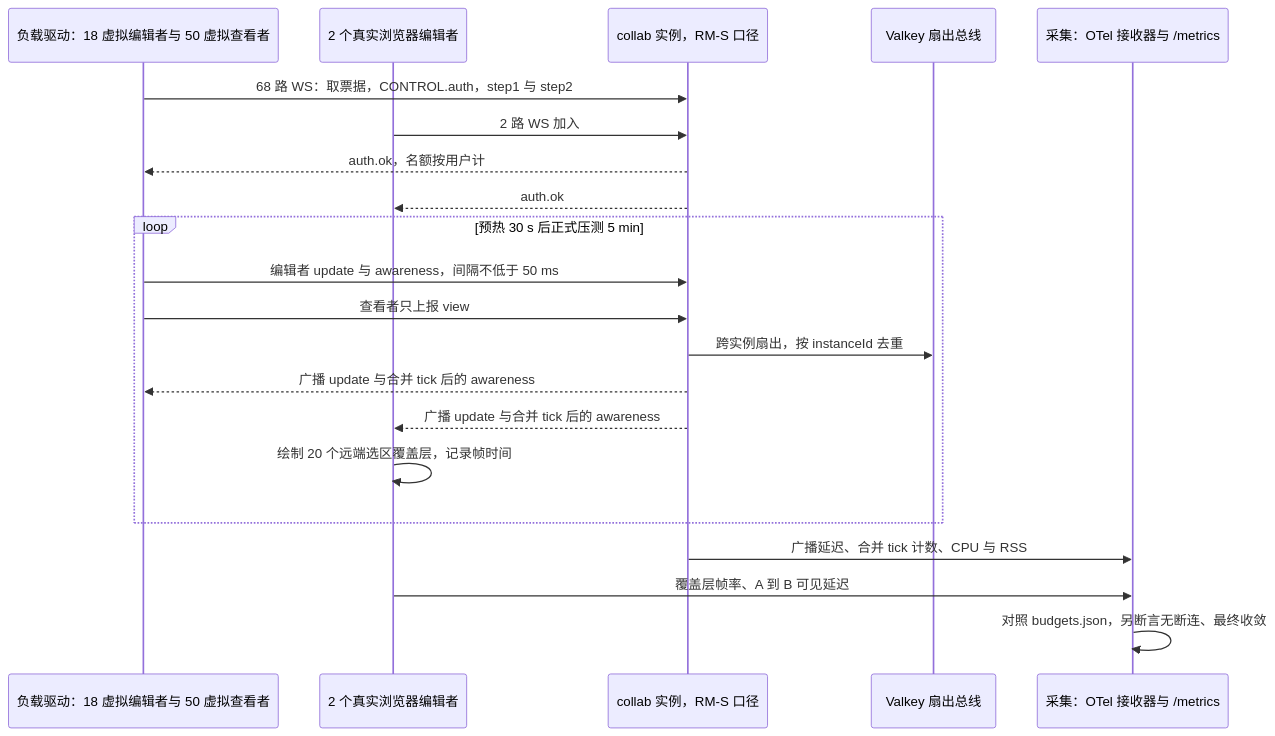
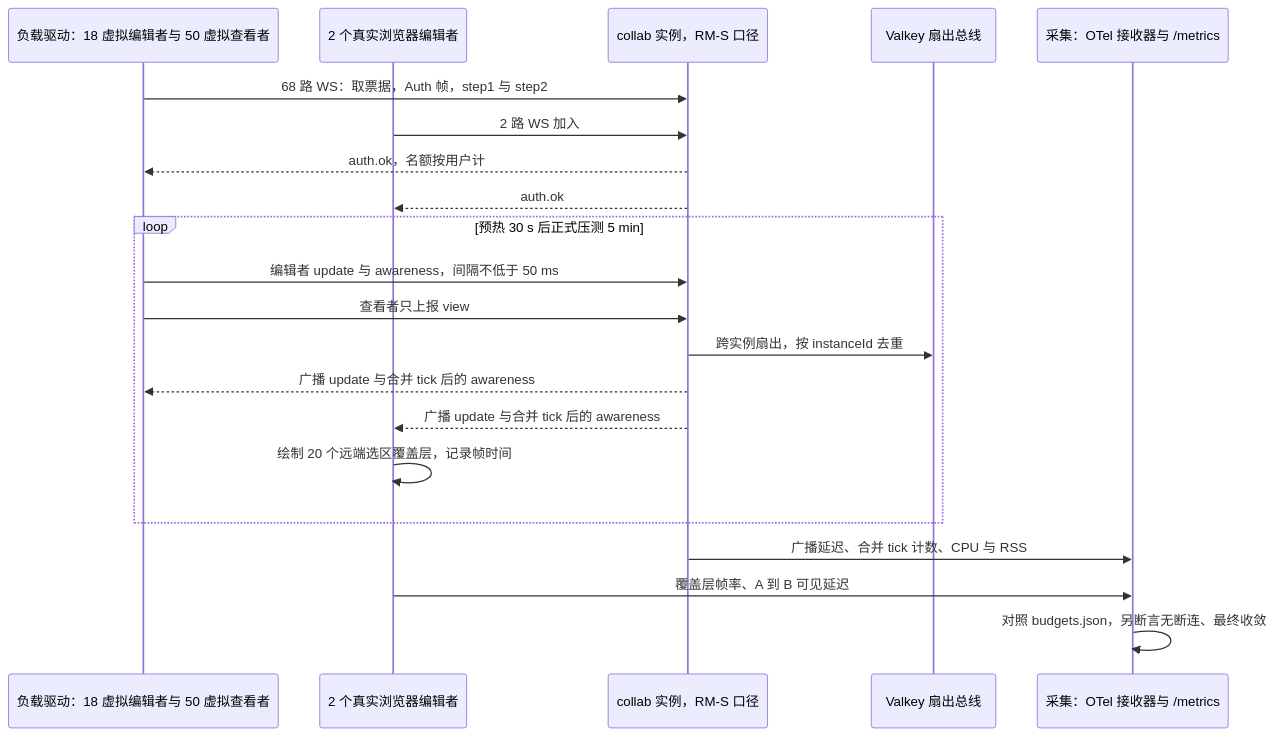
The third of 4 diagrams in docs/70-testing/09-performance-and-capacity.md (Xeonice/cordis-ppt-editor), drawn with Mermaid before and after one commit. The commit also changed other lines of this file and 12 other files, not shown here.

````diff
--- a/docs/70-testing/09-performance-and-capacity.md
+++ b/docs/70-testing/09-performance-and-capacity.md
@@ -289,23 +289,23 @@
 ```mermaid
 sequenceDiagram
   participant D as 负载驱动：18 虚拟编辑者与 50 虚拟查看者
   participant B as 2 个真实浏览器编辑者
   participant G as collab 实例，RM-S 口径
   participant V as Valkey 扇出总线
   participant O as 采集：OTel 接收器与 /metrics
-  D->>G: 68 路 WS：取票据，CONTROL.auth，step1 与 step2
+  D->>G: 68 路 WS：取票据，Auth 帧，step1 与 step2
   B->>G: 2 路 WS 加入
   G-->>D: auth.ok，名额按用户计
   G-->>B: auth.ok
   loop 预热 30 s 后正式压测 5 min
     D->>G: 编辑者 update 与 awareness，间隔不低于 50 ms
     D->>G: 查看者只上报 view
     G->>V: 跨实例扇出，按 instanceId 去重
     G-->>D: 广播 update 与合并 tick 后的 awareness
     G-->>B: 广播 update 与合并 tick 后的 awareness
     B->>B: 绘制 20 个远端选区覆盖层，记录帧时间
   end
   G->>O: 广播延迟、合并 tick 计数、CPU 与 RSS
   B->>O: 覆盖层帧率、A 到 B 可见延迟
   O->>O: 对照 budgets.json，另断言无断连、最终收敛
 ```
````
